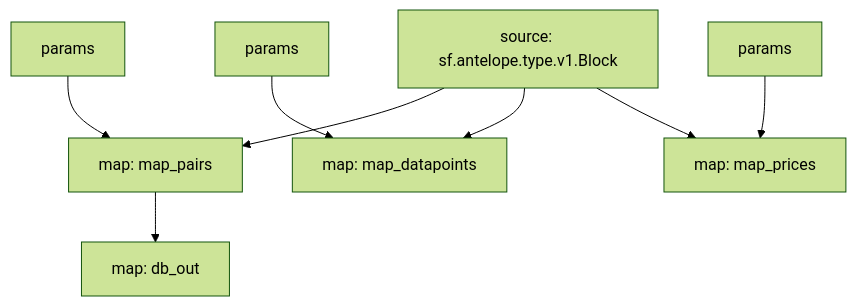
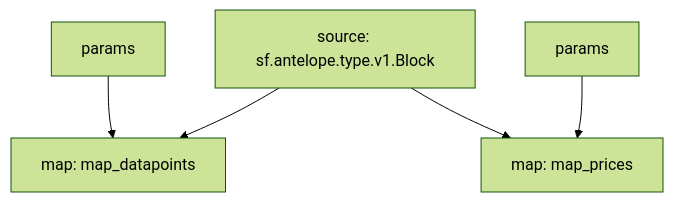
Before and after one commit to pinax-network/substreams: the diagram in eosio.oracles/README.md, drawn with Mermaid (forest theme). The commit also changed other lines of this file and 2 other files, not shown here.

````diff
--- a/eosio.oracles/README.md
+++ b/eosio.oracles/README.md
@@ -17,14 +17,9 @@
 ```mermaid
 graph TD;
-  map_pairs[map: map_pairs];
-  map_pairs:params[params] --> map_pairs;
-  sf.antelope.type.v1.Block[source: sf.antelope.type.v1.Block] --> map_pairs;
   map_datapoints[map: map_datapoints];
   map_datapoints:params[params] --> map_datapoints;
   sf.antelope.type.v1.Block[source: sf.antelope.type.v1.Block] --> map_datapoints;
   map_prices[map: map_prices];
   map_prices:params[params] --> map_prices;
   sf.antelope.type.v1.Block[source: sf.antelope.type.v1.Block] --> map_prices;
-  db_out[map: db_out];
-  map_pairs --> db_out;
 ```
````
